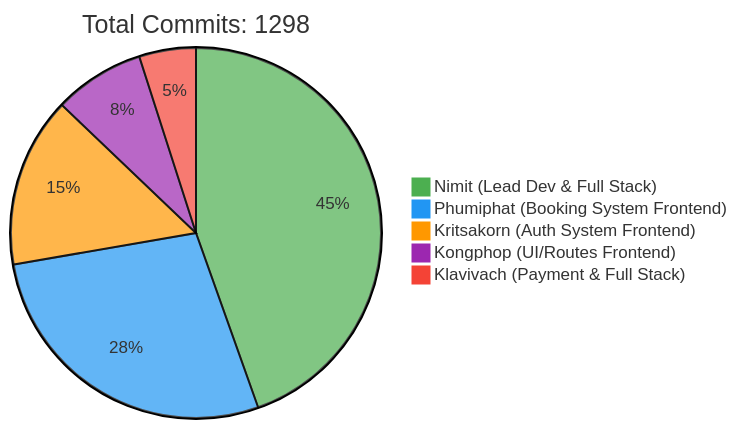
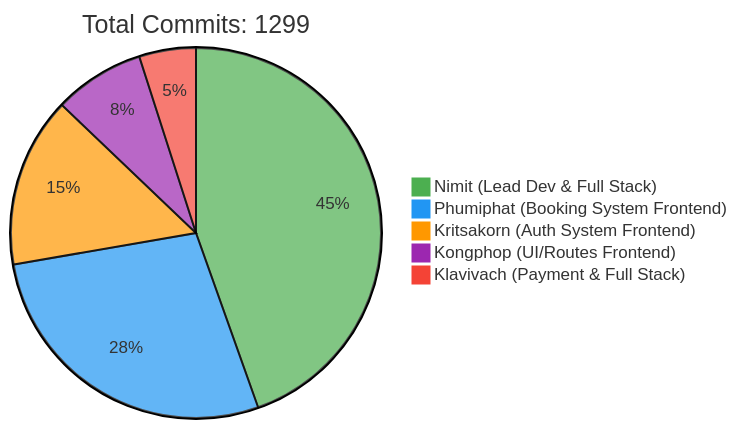
The first of 2 diagrams in README.md (6531503042/Sport-Complex), drawn with Mermaid before and after one commit. The commit also changed other lines of this file, not shown here.

Commit message:
docs: Update contributor statistics [skip ci]

````diff
--- a/README.md
+++ b/README.md
@@ -257,10 +257,10 @@
 ```mermaid
 %%{init: {'theme': 'base', 'themeVariables': { 'pie1': '#4CAF50', 'pie2': '#2196F3', 'pie3': '#FF9800', 'pie4': '#9C27B0', 'pie5': '#F44336'}}}%%
 pie
-    title Total Commits: 1298
+    title Total Commits: 1299
     "Nimit (Lead Dev & Full Stack)" : 450
     "Phumiphat (Booking System Frontend)" : 280
     "Kritsakorn (Auth System Frontend)" : 150
     "Kongphop (UI/Routes Frontend)" : 80
     "Klavivach (Payment & Full Stack)" : 50
 ```
````
